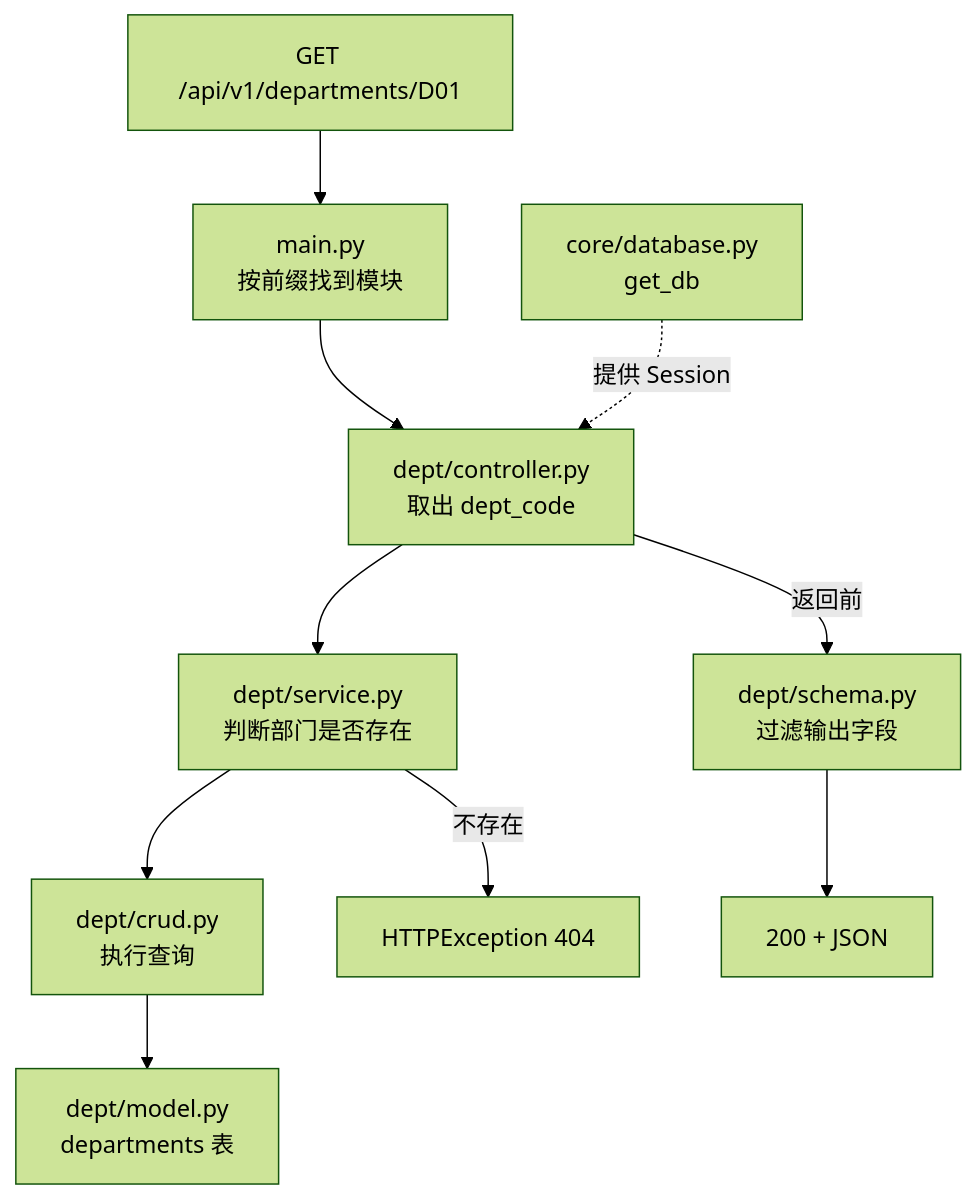
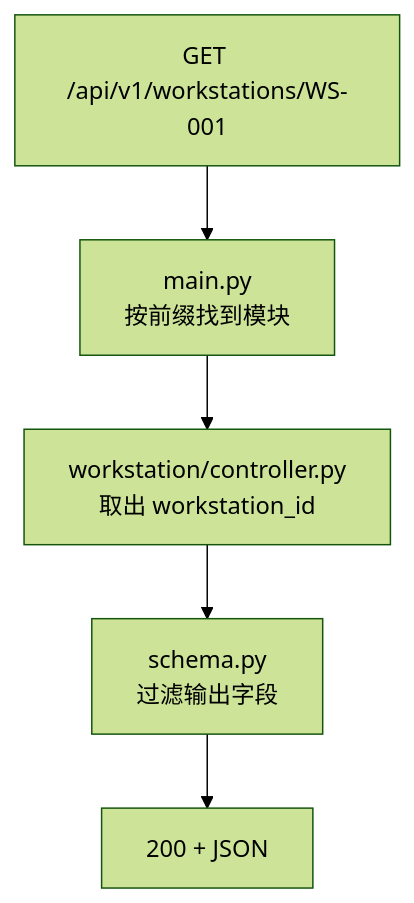
The first of 2 diagrams in 软件工程实践-2.0/05-项目初始化与版本控制.md (PrinZzzzjn/software-engineering-textbook), drawn with Mermaid (forest theme) before and after one commit. The commit also changed other lines of this file and 63 other files, not shown here.

````diff
--- a/软件工程实践-2.0/05-项目初始化与版本控制.md
+++ b/软件工程实践-2.0/05-项目初始化与版本控制.md
@@ -134,12 +107,7 @@
 ```mermaid
 flowchart TD
-    A[GET /api/v1/departments/D01] --> B[main.py<br/>按前缀找到模块]
-    B --> C[dept/controller.py<br/>取出 dept_code]
-    C --> D[dept/service.py<br/>判断部门是否存在]
-    D --> E[dept/crud.py<br/>执行查询]
-    E --> F[dept/model.py<br/>departments 表]
-    D -->|不存在| G[HTTPException 404]
-    C -->|返回前| H[dept/schema.py<br/>过滤输出字段]
-    H --> I[200 + JSON]
-    J[core/database.py<br/>get_db] -. 提供 Session .-> C
+    A[GET /api/v1/workstations/WS-001] --> B[main.py<br/>按前缀找到模块]
+    B --> C[workstation/controller.py<br/>取出 workstation_id]
+    C --> D[schema.py<br/>过滤输出字段]
+    D --> E[200 + JSON]
 ```
````
